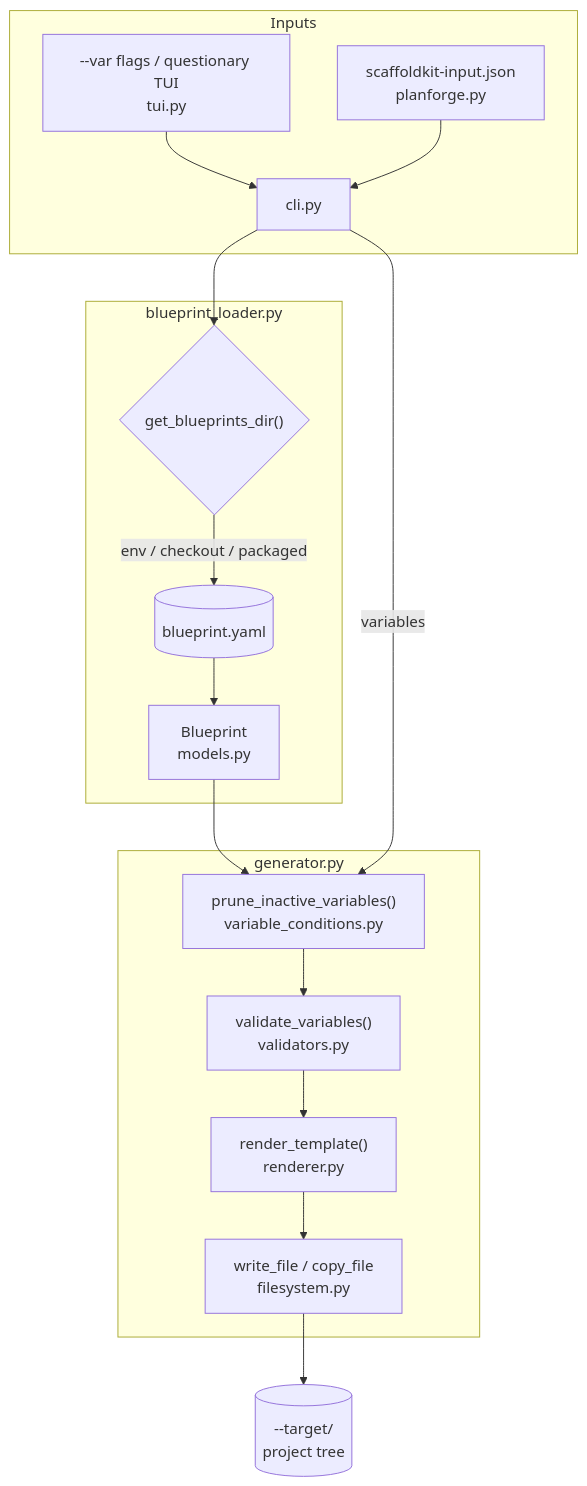
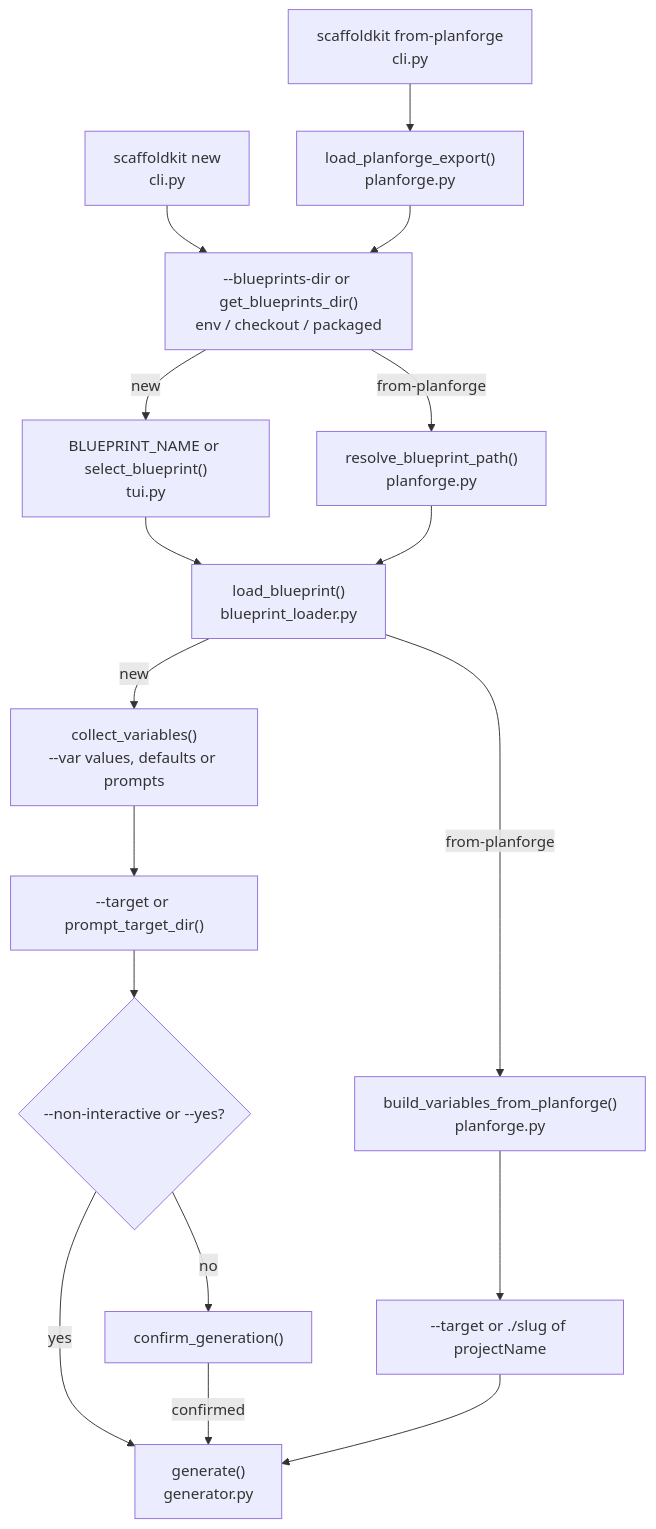
The first of 2 diagrams in docs/architecture.md (LanNguyenSi/scaffoldkit), drawn with Mermaid before and after one commit. The commit also changed other lines of this file and 7 other files, not shown here.

````diff
--- a/docs/architecture.md
+++ b/docs/architecture.md
@@ -42,35 +50,19 @@
 ```mermaid
 flowchart TD
-    subgraph Inputs["Inputs"]
-        A["--var flags / questionary TUI<br/>tui.py"]
-        B["scaffoldkit-input.json<br/>planforge.py"]
-        C["cli.py"]
-    end
-
-    subgraph Loader["blueprint_loader.py"]
-        D{"get_blueprints_dir()"}
-        E[("blueprint.yaml")]
-        F["Blueprint<br/>models.py"]
-    end
-
-    subgraph Engine["generator.py"]
-        G["prune_inactive_variables()<br/>variable_conditions.py"]
-        H["validate_variables()<br/>validators.py"]
-        I["render_template()<br/>renderer.py"]
-        J["write_file / copy_file<br/>filesystem.py"]
-    end
-
-    K[("--target/<br/>project tree")]
-
-    A --> C
-    B --> C
-    C --> D
-    D -->|"env / checkout / packaged"| E
-    E --> F
-    F --> G
-    C -->|variables| G
-    G --> H
-    H --> I
-    I --> J
-    J --> K
+    NEW["scaffoldkit new<br/>cli.py"] --> BPD["--blueprints-dir or get_blueprints_dir()<br/>env / checkout / packaged"]
+    PF["scaffoldkit from-planforge<br/>cli.py"] --> EXP["load_planforge_export()<br/>planforge.py"]
+    EXP --> BPD
+    BPD -->|new| PICK["BLUEPRINT_NAME or select_blueprint()<br/>tui.py"]
+    BPD -->|from-planforge| RES["resolve_blueprint_path()<br/>planforge.py"]
+    PICK --> LOAD["load_blueprint()<br/>blueprint_loader.py"]
+    RES --> LOAD
+    LOAD -->|new| COLLECT["collect_variables()<br/>--var values, defaults or prompts"]
+    COLLECT --> TARGET["--target or prompt_target_dir()"]
+    TARGET --> CONFIRM{"--non-interactive or --yes?"}
+    CONFIRM -->|no| ASK["confirm_generation()"]
+    LOAD -->|from-planforge| MAP["build_variables_from_planforge()<br/>planforge.py"]
+    MAP --> PTGT["--target or ./slug of projectName"]
+    CONFIRM -->|yes| GEN["generate()<br/>generator.py"]
+    ASK -->|confirmed| GEN
+    PTGT --> GEN
 ```
````
